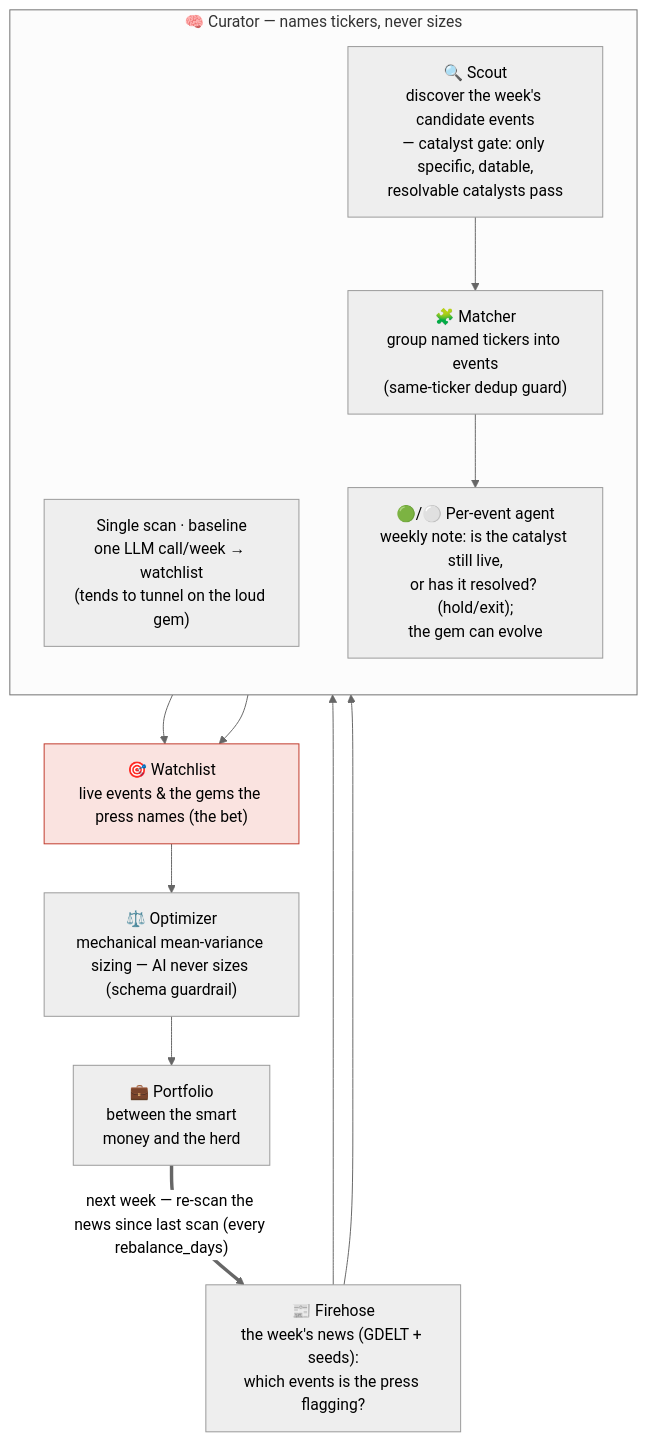
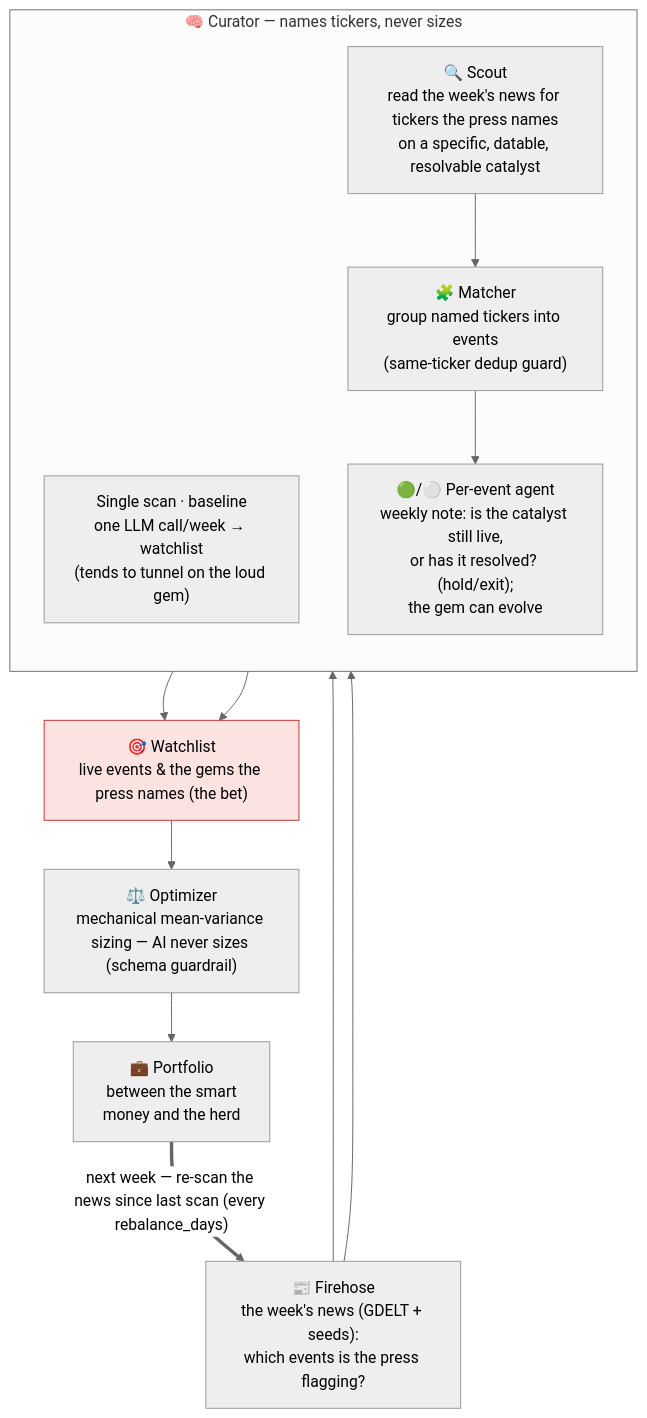
One commit to joehahn/geo-herd-rider changed the diagram in README.md. Above: the diagram before and after it, drawn with Mermaid (neutral theme).

Commit message:
README: simplify Scout diagram node to a one-phrase description

````diff
--- a/README.md
+++ b/README.md
@@ -18,27 +18,27 @@
 ```mermaid
 flowchart TD
     S["📰 Firehose<br/>the week's news (GDELT + seeds):<br/>which events is the press flagging?"]
 
     subgraph CUR["🧠 Curator — names tickers, never sizes"]
       direction TB
       SS["Single scan · baseline<br/>one LLM call/week → watchlist<br/>(tends to tunnel on the loud gem)"]
-      SC["🔍 Scout<br/>discover the week's candidate events<br/>— catalyst gate: only specific, datable,<br/>resolvable catalysts pass"]
+      SC["🔍 Scout<br/>read the week's news for tickers the press names<br/>on a specific, datable, resolvable catalyst"]
       MA["🧩 Matcher<br/>group named tickers into events<br/>(same-ticker dedup guard)"]
       AG["🟢/⚪ Per-event agent<br/>weekly note: is the catalyst still live,<br/>or has it resolved? (hold/exit);<br/>the gem can evolve"]
       SC --> MA --> AG
     end
 
     E["🎯 Watchlist<br/>live events & the gems the press names (the bet)"]
     W["⚖️ Optimizer<br/>mechanical mean-variance sizing — AI never sizes (schema guardrail)"]
     B["💼 Portfolio<br/>between the smart<br/>money and the herd"]
 
     S --> SS
     S --> SC
     SS --> E
     AG --> E
     E --> W --> B
     B == "next week — re-scan the news since last scan (every rebalance_days)" ==> S
 
     classDef bet fill:#fae3e0,stroke:#c0392b;
     class E bet
 ```
````
